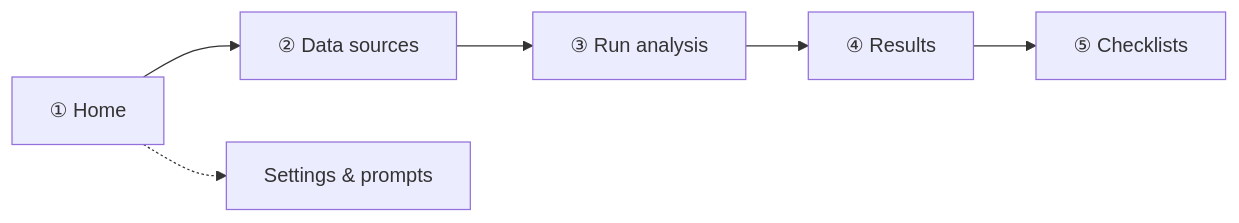
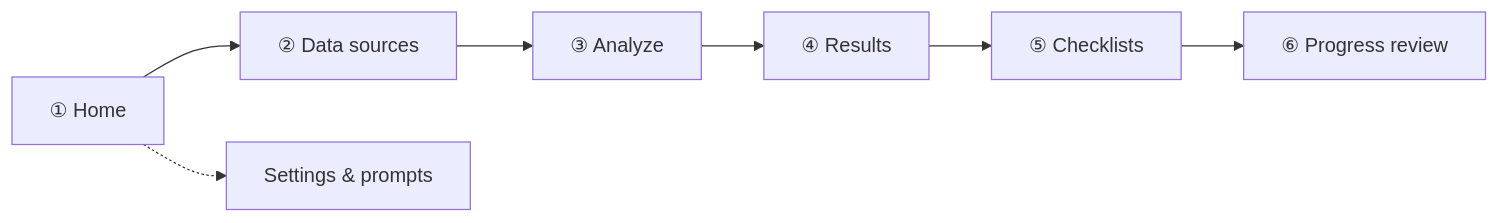
Before and after one commit to rafidrahman1/ultimate: the diagram in README.md, drawn with Mermaid. The commit also changed other lines of this file and 14 other files, not shown here.

````diff
--- a/README.md
+++ b/README.md
@@ -18,8 +23,9 @@
 ```mermaid
 flowchart LR
   A["① Home"] --> B["② Data sources"]
-  B --> C["③ Run analysis"]
+  B --> C["③ Analyze"]
   C --> D["④ Results"]
   D --> E["⑤ Checklists"]
-  A -.-> F["Settings & prompts"]
+  E --> F["⑥ Progress review"]
+  A -.-> G["Settings & prompts"]
 ```
````
